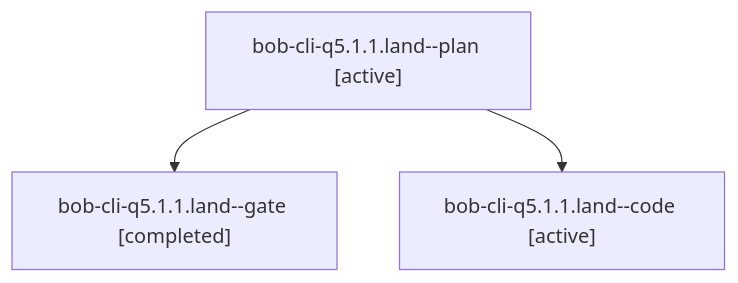
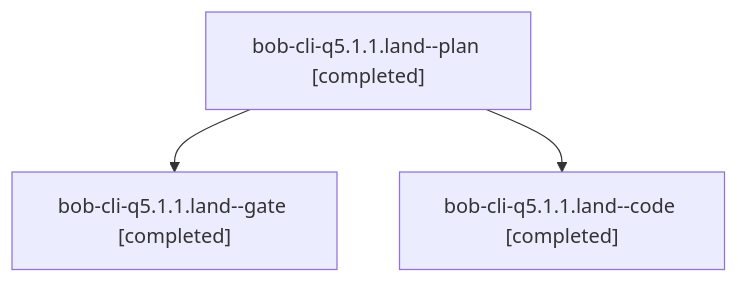
Before and after one commit to bobs-org/bob-cli--agents: the diagram in sessions/bbugyi200.athena.bob-cli-q5.1.1.land.md, drawn with Mermaid. The commit also changed other lines of this file and 103 other files, not shown here.

````diff
--- a/sessions/bbugyi200.athena.bob-cli-q5.1.1.land.md
+++ b/sessions/bbugyi200.athena.bob-cli-q5.1.1.land.md
@@ -9,8 +9,8 @@
 ```mermaid
 flowchart TD
-  n0["bob-cli-q5.1.1.land--plan [active]"]
+  n0["bob-cli-q5.1.1.land--plan [completed]"]
   n1["bob-cli-q5.1.1.land--gate [completed]"]
   n0 --> n1
-  n2["bob-cli-q5.1.1.land--code [active]"]
+  n2["bob-cli-q5.1.1.land--code [completed]"]
   n0 --> n2
 ```
````
